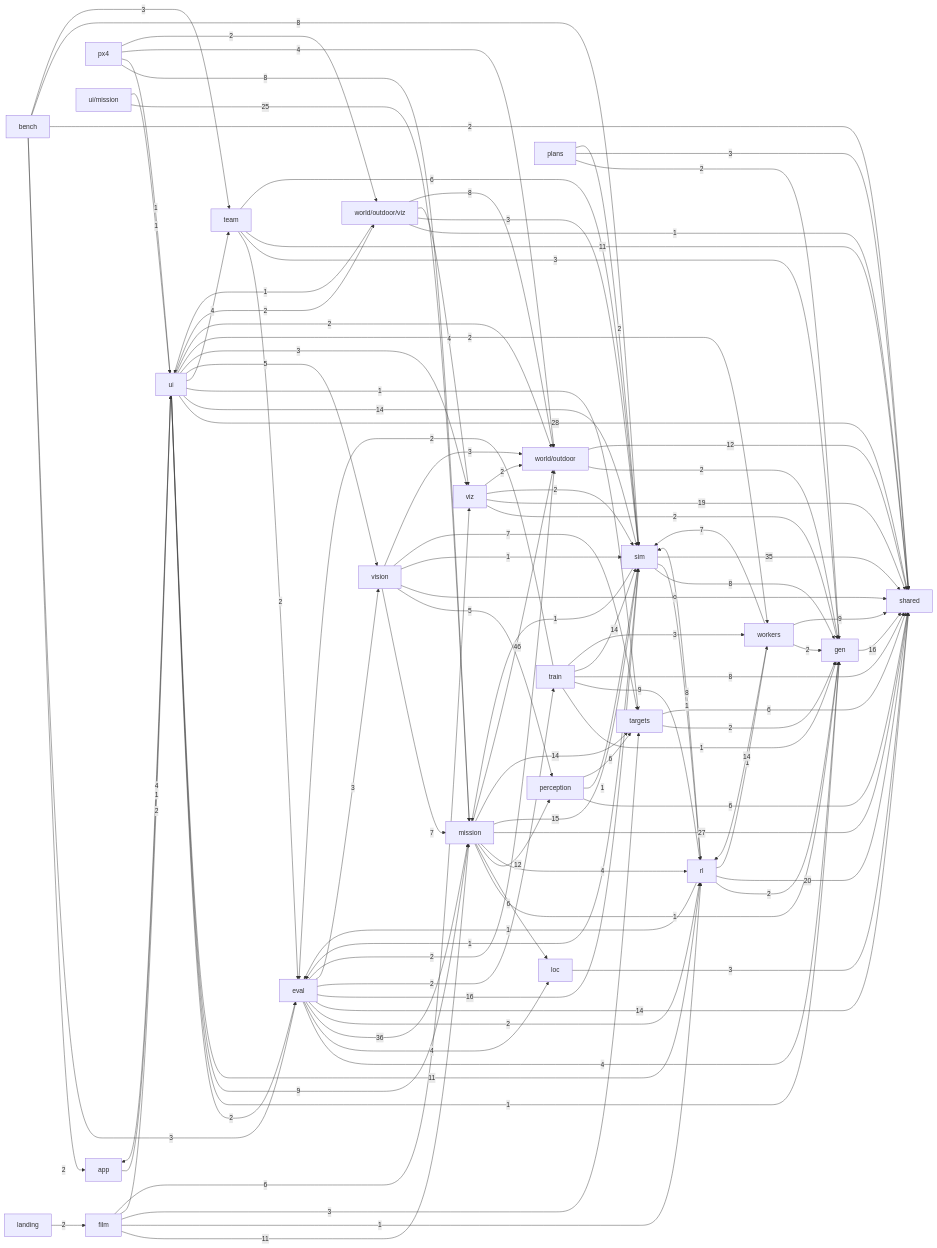
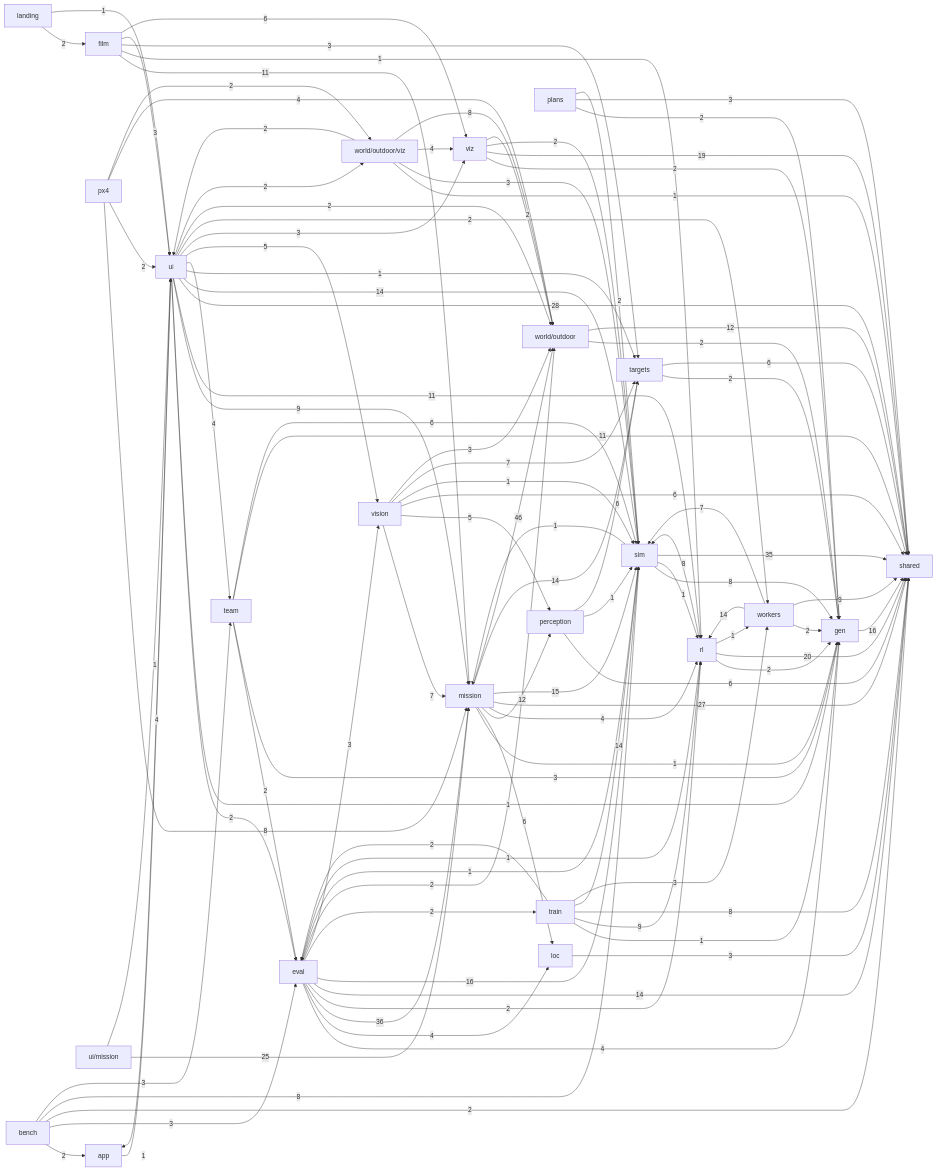
The second of 2 diagrams in docs/ARCHITECTURE.md (alexnieves-cs/frontier-fly), drawn with Mermaid before and after one commit. The commit also changed other lines of this file and 9 other files, not shown here.

```diff
--- a/docs/ARCHITECTURE.md
+++ b/docs/ARCHITECTURE.md
@@ -118,10 +118,11 @@
   film -->|11| mission
   film -->|1| rl
   film -->|3| targets
-  film -->|2| ui
+  film -->|3| ui
   film -->|6| viz
   gen -->|16| shared
   landing -->|2| film
+  landing -->|1| ui
   loc -->|3| shared
   mission -->|1| gen
   mission -->|6| loc
@@ -138,7 +139,7 @@
   plans -->|3| shared
   plans -->|2| sim
   px4 -->|8| mission
-  px4 -->|1| ui
+  px4 -->|2| ui
   px4 -->|4| world_outdoor
   px4 -->|2| world_outdoor_viz
   rl -->|1| eval
@@ -195,7 +196,7 @@
   workers -->|7| sim
   world_outdoor_viz -->|1| shared
   world_outdoor_viz -->|3| sim
-  world_outdoor_viz -->|1| ui
+  world_outdoor_viz -->|2| ui
   world_outdoor_viz -->|4| viz
   world_outdoor_viz -->|8| world_outdoor
   world_outdoor -->|2| gen
```
